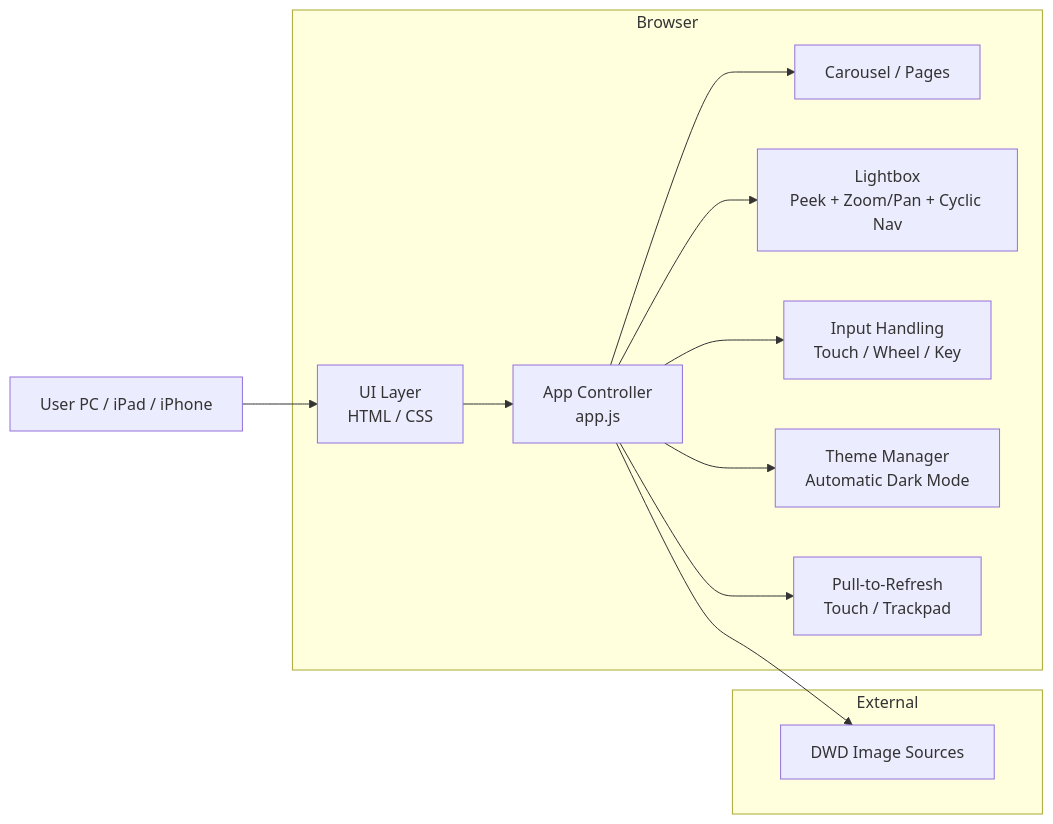
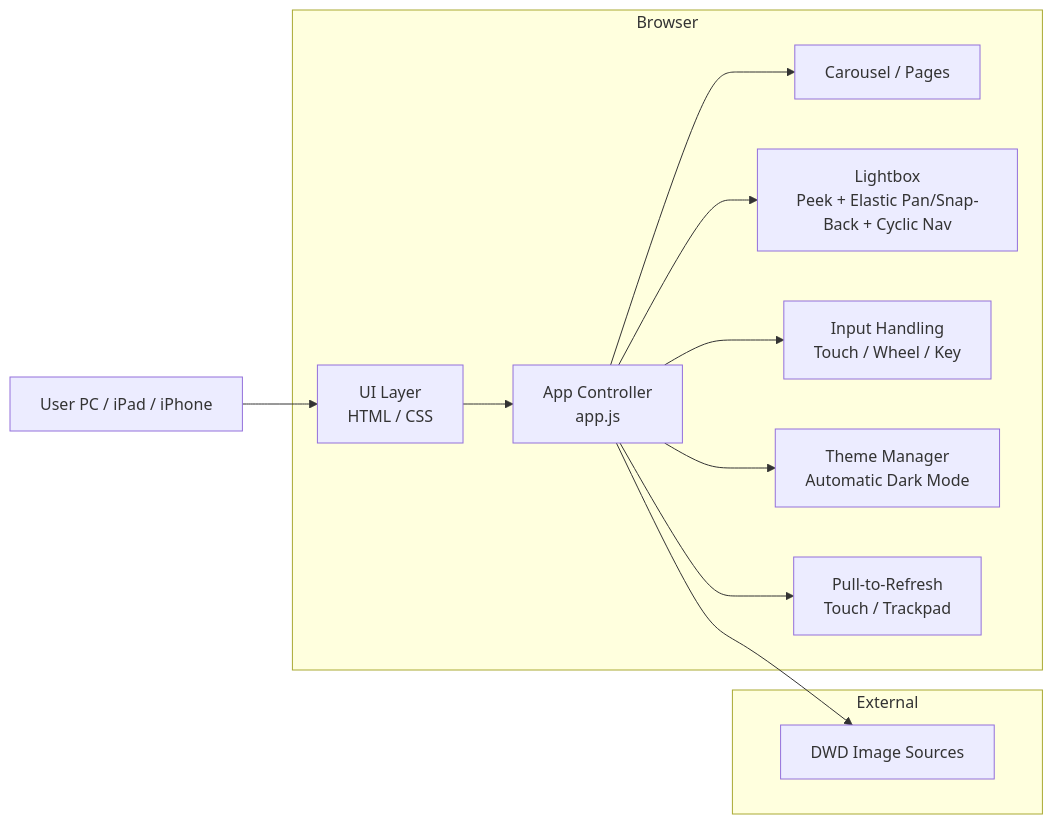
One commit to w465jt7pm9-cpu/dwd-dashboard changed the diagram in docs/Gesamtarchitektur.md. Above: the diagram before and after it, drawn with Mermaid. The commit also changed 5 other files, not shown here.

Commit message:
Implement US-010 elastic pan snap-back and update docs

````diff
--- a/docs/Gesamtarchitektur.md
+++ b/docs/Gesamtarchitektur.md
@@ -3,24 +3,24 @@
 ```mermaid
 flowchart LR
   User[User PC / iPad / iPhone]
   subgraph Browser
     UI[UI Layer<br/>HTML / CSS]
     App[App Controller<br/>app.js]
     Carousel[Carousel / Pages]
-    Lightbox[Lightbox<br/>Peek + Zoom/Pan + Cyclic Nav]
+    Lightbox[Lightbox<br/>Peek + Elastic Pan/Snap-Back + Cyclic Nav]
     Gestures[Input Handling<br/>Touch / Wheel / Key]
     Theme[Theme Manager<br/>Automatic Dark Mode]
     Refresh[Pull-to-Refresh<br/>Touch / Trackpad]
   end
   subgraph External
     DWD[DWD Image Sources]
   end
   User --> UI
   UI --> App
   App --> Carousel
   App --> Lightbox
   App --> Gestures
   App --> Theme
   App --> Refresh
   App --> DWD
 ```
````
